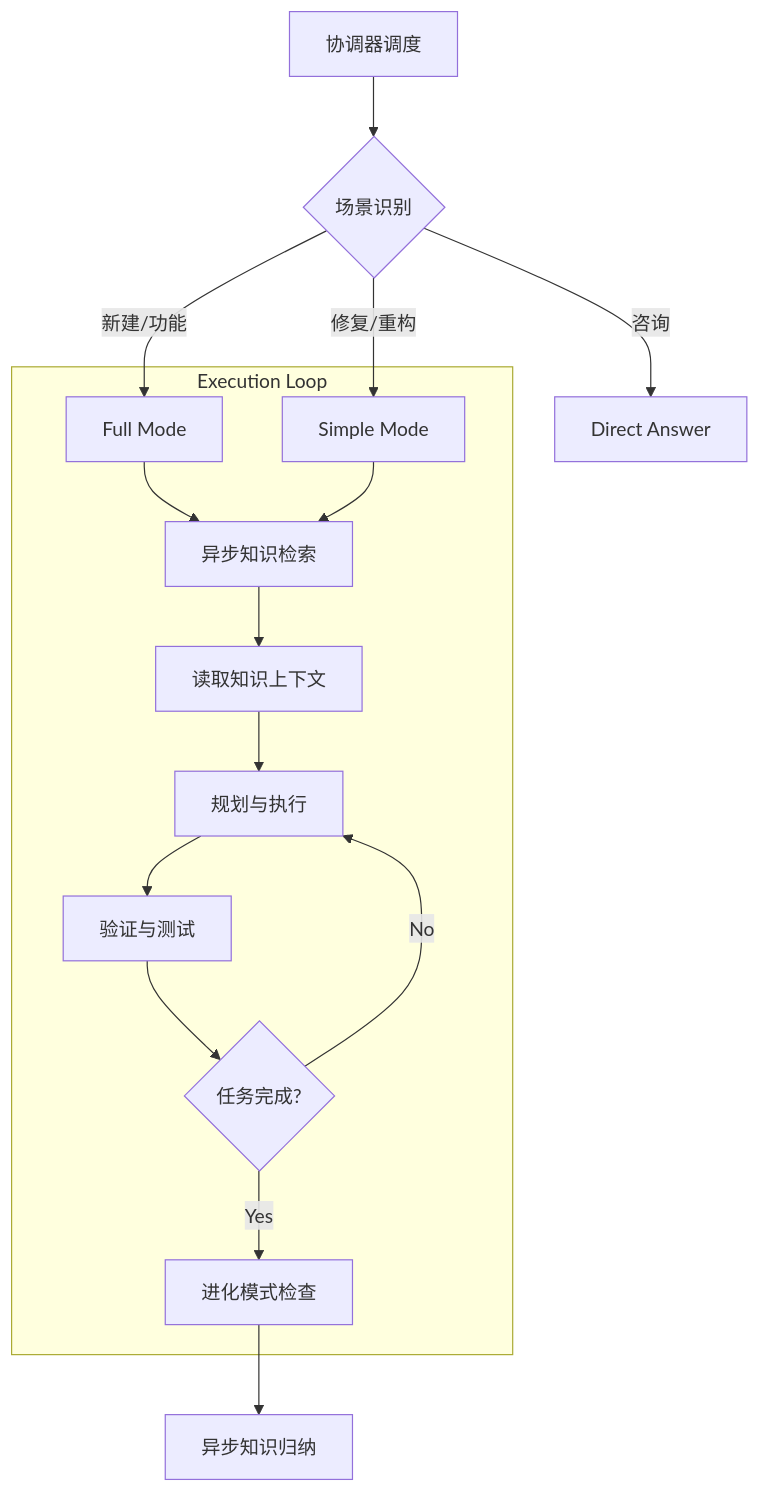
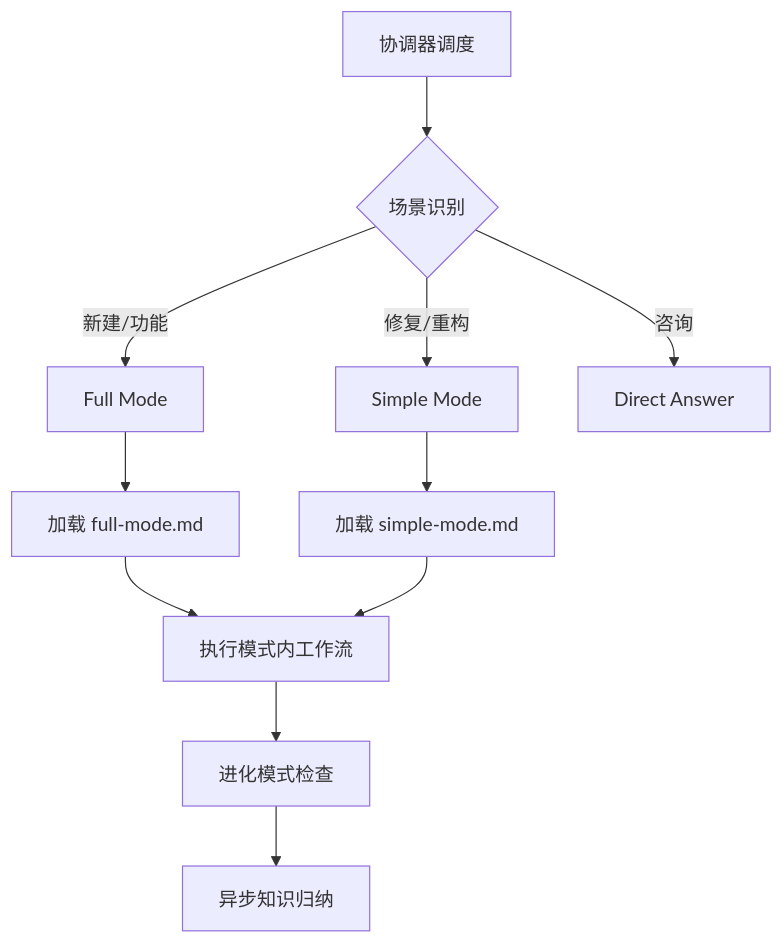
One commit to richenlin/evolving-programming-agent changed the diagram in programming-assistant/SKILL.md. Above: the diagram before and after it, drawn with Mermaid. The commit also changed other lines of this file and 2 other files, not shown here.

Commit message:
docs: update workflow diagrams and add state management details

````diff
--- a/programming-assistant/SKILL.md
+++ b/programming-assistant/SKILL.md
@@ -40,19 +40,14 @@
 ```mermaid
 graph TD
     A[协调器调度] --> B{场景识别}
     B -->|新建/功能| C[Full Mode]
     B -->|修复/重构| D[Simple Mode]
     B -->|咨询| E[Direct Answer]
     
-    subgraph Execution Loop
-    C & D --> F[异步知识检索]
-    F --> G[读取知识上下文]
-    G --> H[规划与执行]
-    H --> I[验证与测试]
-    I --> J{任务完成?}
-    J -->|No| H
-    J -->|Yes| K[进化模式检查]
-    end
+    C --> F[加载 full-mode.md]
+    D --> G[加载 simple-mode.md]
     
-    K --> L[异步知识归纳]
+    F & G --> H[执行模式内工作流]
+    H --> I[进化模式检查]
+    I --> J[异步知识归纳]
 ```
````
